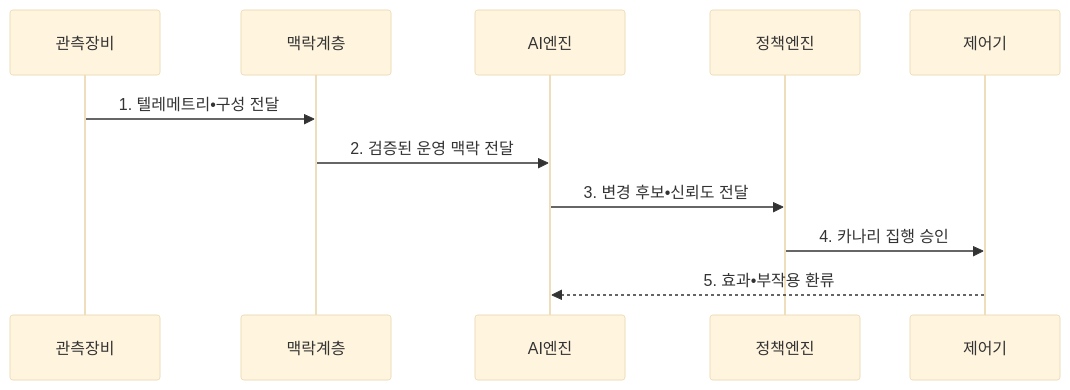
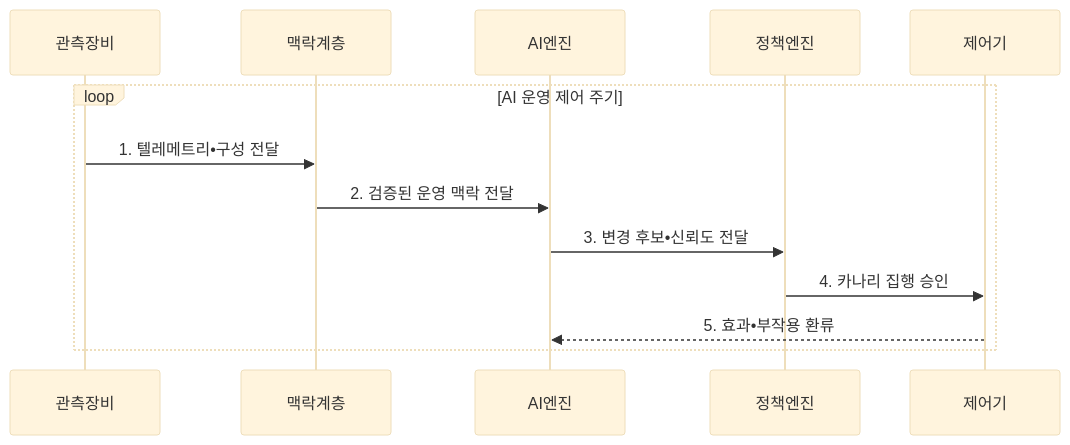
The second of 2 diagrams in src/content/docs/notes/04-network/098_ai_native_networking.md (agnusdei1207/knowledge-base), drawn with Mermaid (base theme) before and after one commit. The commit also changed other lines of this file and 20 other files, not shown here.

````diff
--- a/src/content/docs/notes/04-network/098_ai_native_networking.md
+++ b/src/content/docs/notes/04-network/098_ai_native_networking.md
@@ -100,13 +100,15 @@
 ```mermaid
 sequenceDiagram
     participant 관측장비
     participant 맥락계층
     participant AI엔진
     participant 정책엔진
     participant 제어기
-    관측장비->>맥락계층: 1. 텔레메트리•구성 전달
-    맥락계층->>AI엔진: 2. 검증된 운영 맥락 전달
-    AI엔진->>정책엔진: 3. 변경 후보•신뢰도 전달
-    정책엔진->>제어기: 4. 카나리 집행 승인
-    제어기-->>AI엔진: 5. 효과•부작용 환류
+    loop AI 운영 제어 주기
+        관측장비->>맥락계층: 1. 텔레메트리•구성 전달
+        맥락계층->>AI엔진: 2. 검증된 운영 맥락 전달
+        AI엔진->>정책엔진: 3. 변경 후보•신뢰도 전달
+        정책엔진->>제어기: 4. 카나리 집행 승인
+        제어기-->>AI엔진: 5. 효과•부작용 환류
+    end
 ```
````
